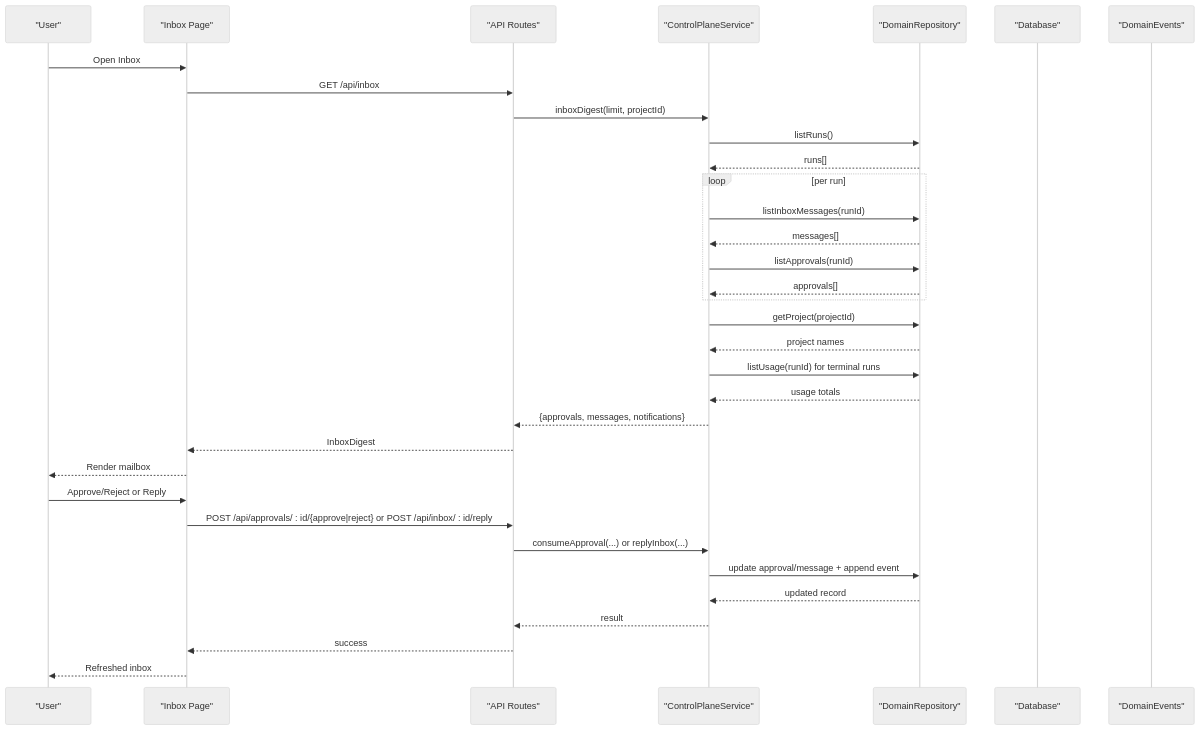
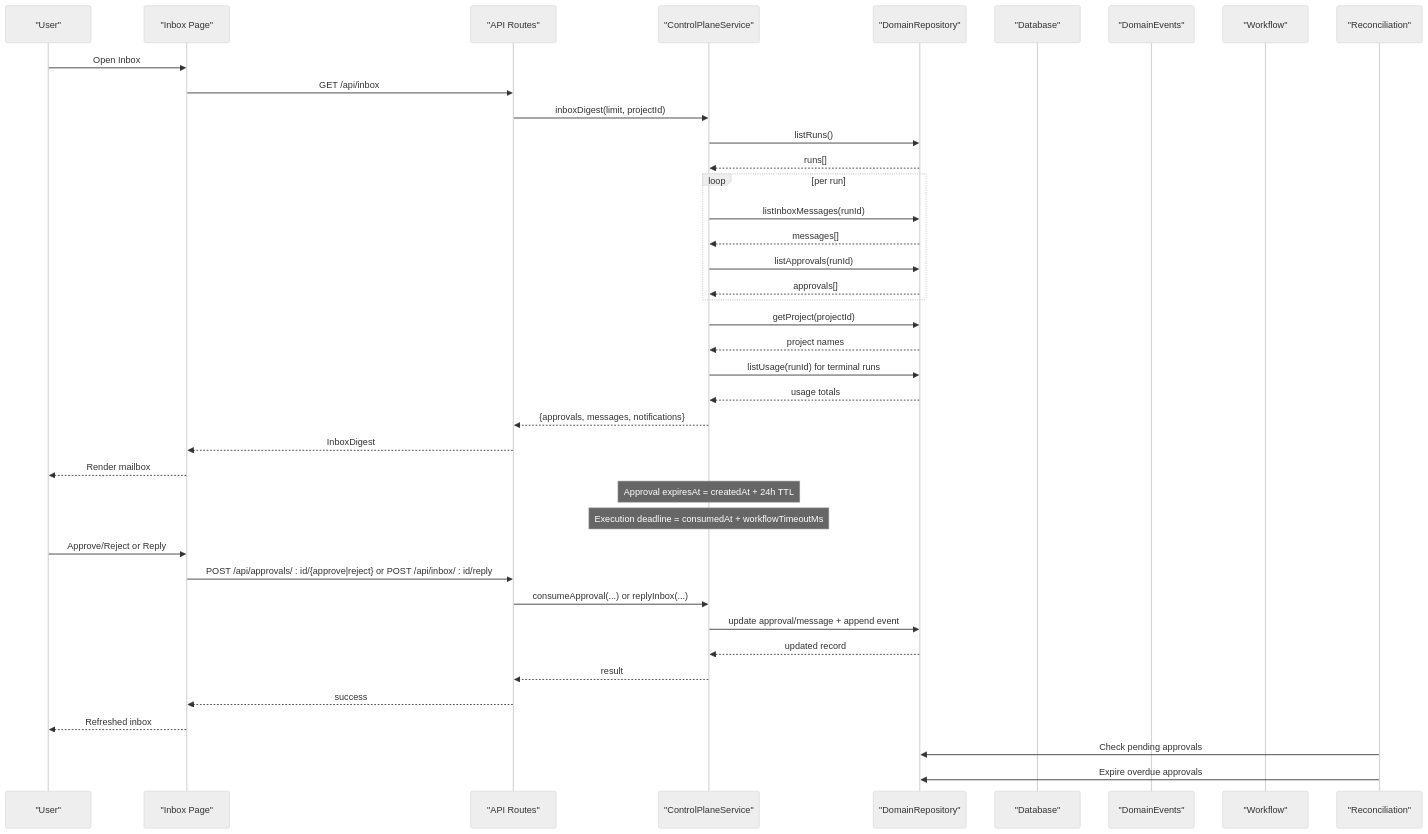
One commit to vmyazin/agent-os-passerine changed the second of 8 diagrams in .qoder/repowiki/en/content/Monitoring and Operations/Dashboard and User Interface/Inbox System and Approvals/Inbox System and Approvals.md. Above: the diagram before and after it, drawn with Mermaid (neutral theme). The commit also changed other lines of this file and 133 other files, not shown here.

````diff
--- a/.qoder/repowiki/en/content/Monitoring and Operations/Dashboard and User Interface/Inbox System and Approvals/Inbox System and Approvals.md
+++ b/.qoder/repowiki/en/content/Monitoring and Operations/Dashboard and User Interface/Inbox System and Approvals/Inbox System and Approvals.md
@@ -119,36 +141,42 @@
 ```mermaid
 sequenceDiagram
 participant U as "User"
 participant UI as "Inbox Page"
 participant API as "API Routes"
 participant S as "ControlPlaneService"
 participant R as "DomainRepository"
 participant D as "Database"
 participant E as "DomainEvents"
+participant W as "Workflow"
+participant RC as "Reconciliation"
 U->>UI : Open Inbox
 UI->>API : GET /api/inbox
 API->>S : inboxDigest(limit, projectId)
 S->>R : listRuns()
 R-->>S : runs[]
 loop per run
 S->>R : listInboxMessages(runId)
 R-->>S : messages[]
 S->>R : listApprovals(runId)
 R-->>S : approvals[]
 end
 S->>R : getProject(projectId)
 R-->>S : project names
 S->>R : listUsage(runId) for terminal runs
 R-->>S : usage totals
 S-->>API : {approvals, messages, notifications}
 API-->>UI : InboxDigest
 UI-->>U : Render mailbox
+Note over S : Approval expiresAt = createdAt + 24h TTL
+Note over S : Execution deadline = consumedAt + workflowTimeoutMs
 U->>UI : Approve/Reject or Reply
 UI->>API : POST /api/approvals/ : id/{approve|reject} or POST /api/inbox/ : id/reply
 API->>S : consumeApproval(...) or replyInbox(...)
 S->>R : update approval/message + append event
 R-->>S : updated record
 S-->>API : result
 API-->>UI : success
 UI-->>U : Refreshed inbox
+RC->>R : Check pending approvals
+RC->>R : Expire overdue approvals
 ```
````
